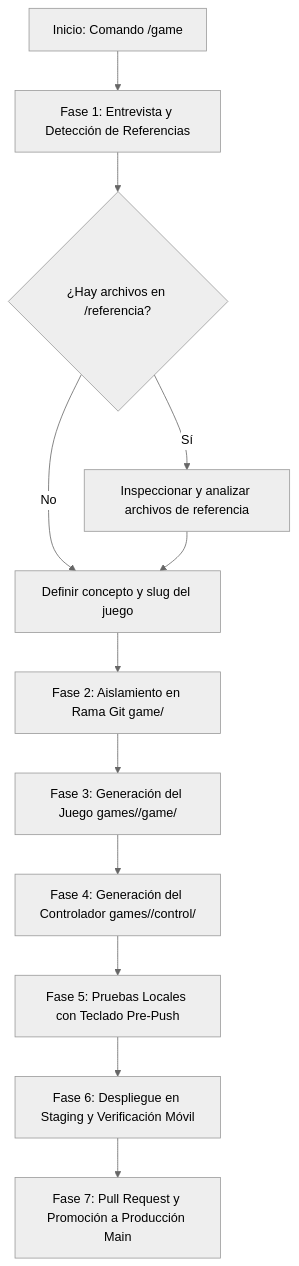
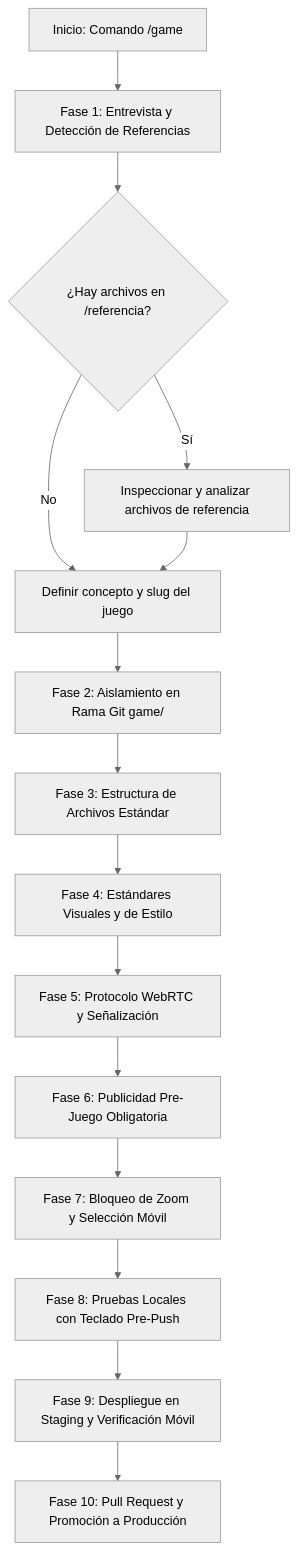
Before and after one commit to bmecdev/myplayad: the diagram in .agents/skills/game/SKILL.md, drawn with Mermaid (neutral theme). The commit also changed other lines of this file and 1 other file, not shown here.

Commit message:
docs(rules): documentar obligatoriedad de video publicitario pre-juego y bloqueo de zoom/seleccion movil

````diff
--- a/.agents/skills/game/SKILL.md
+++ b/.agents/skills/game/SKILL.md
@@ -14,14 +14,17 @@
 ```mermaid
 flowchart TD
     A[Inicio: Comando /game] --> B[Fase 1: Entrevista y Detección de Referencias]
     B --> C{¿Hay archivos en /referencia?}
     C -- Sí --> D[Inspeccionar y analizar archivos de referencia]
     C -- No --> E[Definir concepto y slug del juego]
     D --> E
     E --> F[Fase 2: Aislamiento en Rama Git game/<slug>]
-    F --> G[Fase 3: Generación del Juego games/<slug>/game/]
-    G --> H[Fase 4: Generación del Controlador games/<slug>/control/]
-    H --> I[Fase 5: Pruebas Locales con Teclado Pre-Push]
-    I --> J[Fase 6: Despliegue en Staging y Verificación Móvil]
-    J --> K[Fase 7: Pull Request y Promoción a Producción Main]
+    F --> G[Fase 3: Estructura de Archivos Estándar]
+    G --> H[Fase 4: Estándares Visuales y de Estilo]
+    H --> I[Fase 5: Protocolo WebRTC y Señalización]
+    I --> J[Fase 6: Publicidad Pre-Juego Obligatoria]
+    J --> K[Fase 7: Bloqueo de Zoom y Selección Móvil]
+    K --> L[Fase 8: Pruebas Locales con Teclado Pre-Push]
+    L --> M[Fase 9: Despliegue en Staging y Verificación Móvil]
+    M --> N[Fase 10: Pull Request y Promoción a Producción]
 ```
````
